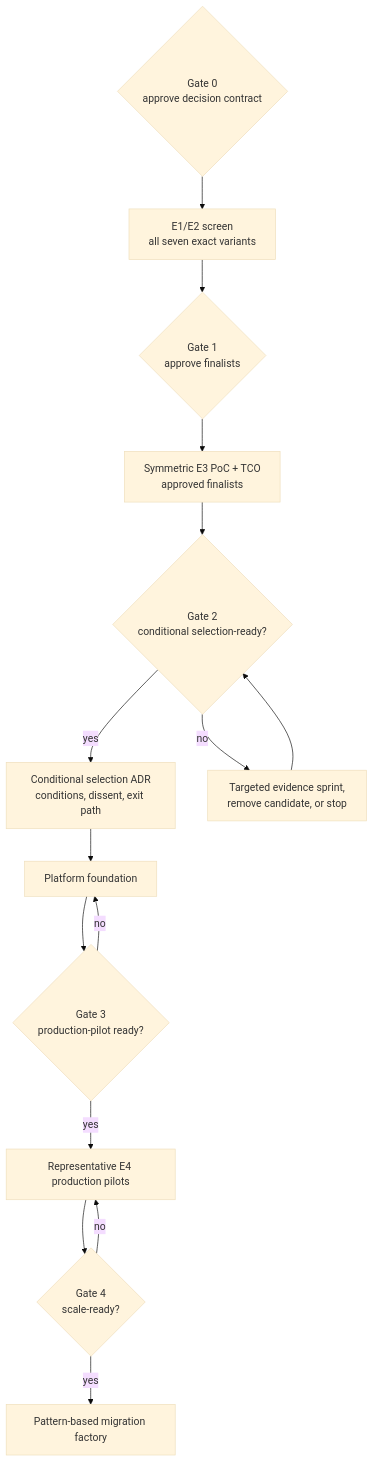
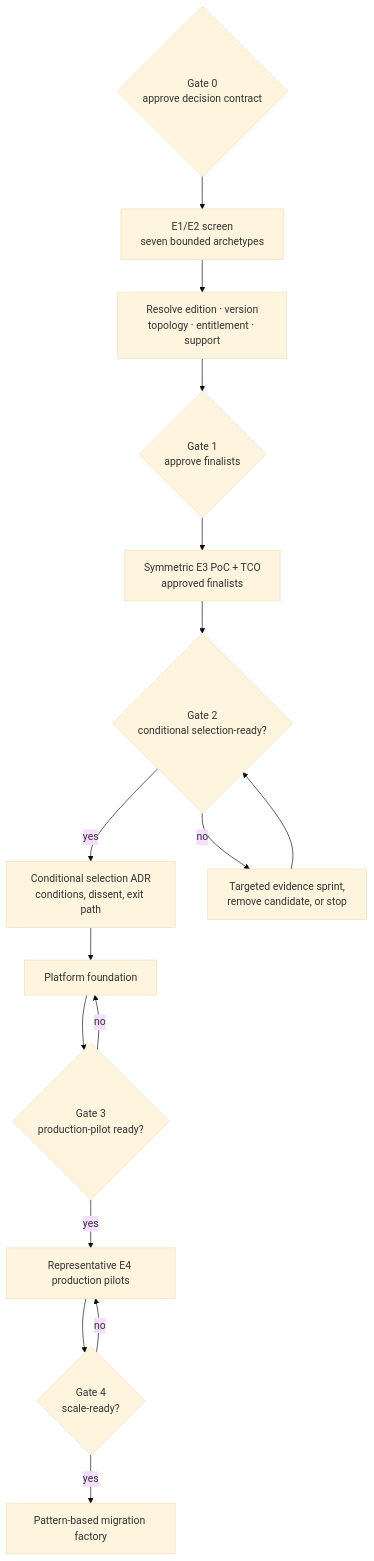
Before and after one commit to tomqwu/apim: the diagram in reports/methodology-review.md, drawn with Mermaid (base theme). The commit also changed other lines of this file and 85 other files, not shown here.

````diff
--- a/reports/methodology-review.md
+++ b/reports/methodology-review.md
@@ -45,12 +45,12 @@
 ```mermaid
 flowchart TB
-  G0{"Gate 0<br/>approve decision contract"} --> S["E1/E2 screen<br/>all seven exact variants"] --> G1{"Gate 1<br/>approve finalists"}
+  G0{"Gate 0<br/>approve decision contract"} --> S["E1/E2 screen<br/>seven bounded archetypes"] --> O["Resolve edition · version<br/>topology · entitlement · support"] --> G1{"Gate 1<br/>approve finalists"}
   G1 --> P["Symmetric E3 PoC + TCO<br/>approved finalists"] --> G2{"Gate 2<br/>conditional selection-ready?"}
   G2 -->|"yes"| R["Conditional selection ADR<br/>conditions, dissent, exit path"] --> F["Platform foundation"] --> G3{"Gate 3<br/>production-pilot ready?"}
   G3 -->|"yes"| E4["Representative E4 production pilots"] --> G4{"Gate 4<br/>scale-ready?"}
   G4 -->|"yes"| M["Pattern-based migration factory"]
   G2 -->|"no"| X["Targeted evidence sprint,<br/>remove candidate, or stop"]
   X --> G2
   G3 -->|"no"| F
   G4 -->|"no"| E4
 ```
````
